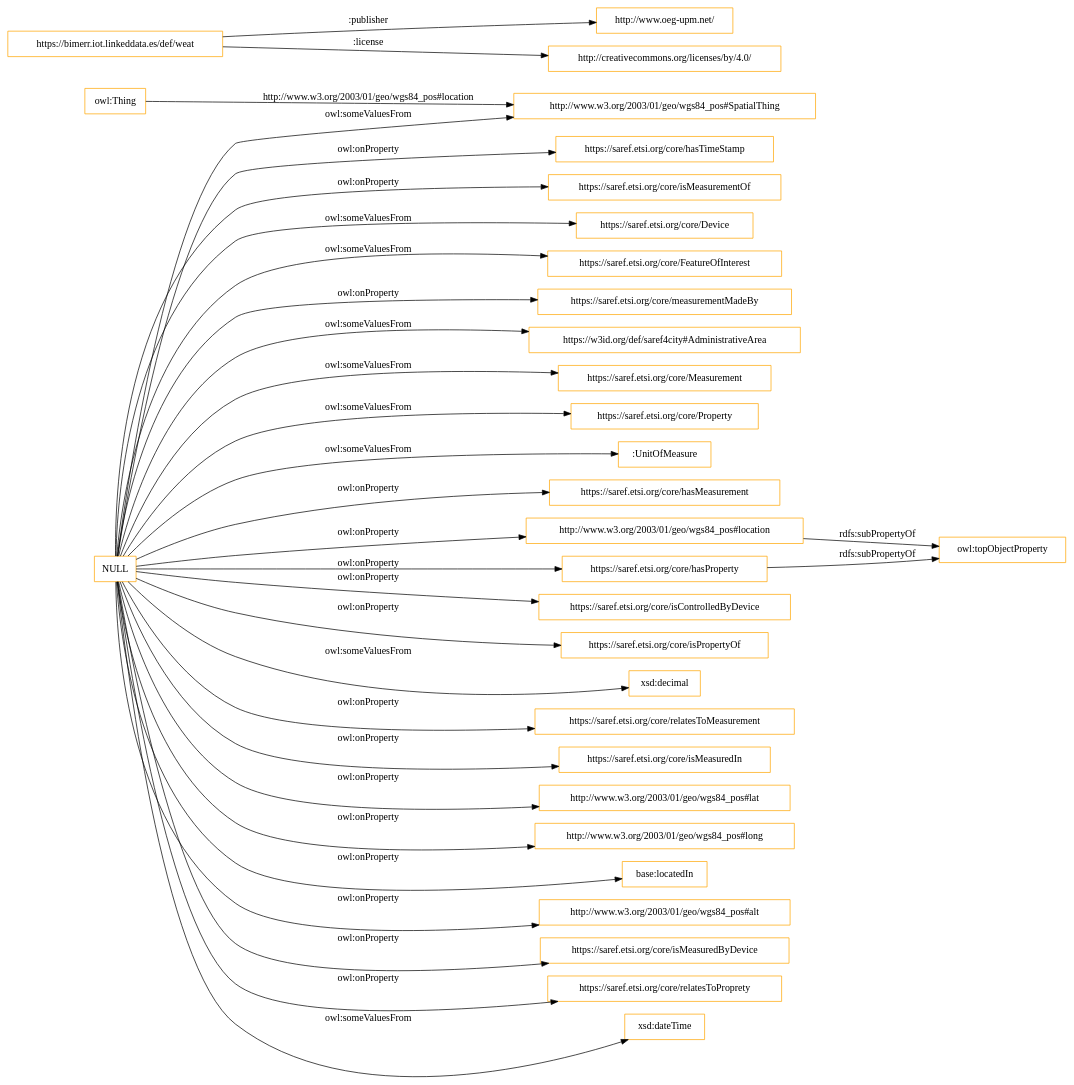
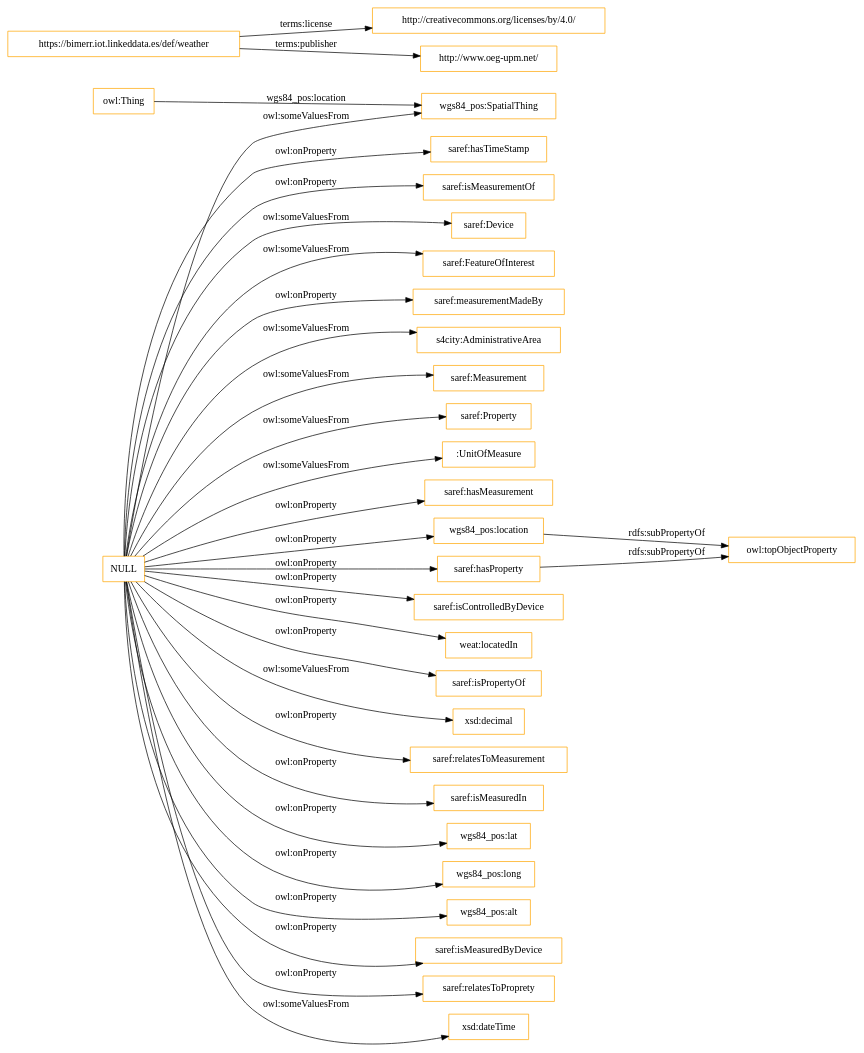
The diagram in OnToology/Ontology/ontology.ttl/diagrams/ar2dtool-class/ontology.ttl.png.dot (oeg-upm/bimerr-weather), drawn with Graphviz before and after one commit. The commit also changed 21 other files, not shown here.

```diff
--- a/OnToology/Ontology/ontology.ttl/diagrams/ar2dtool-class/ontology.ttl.png.dot
+++ b/OnToology/Ontology/ontology.ttl/diagrams/ar2dtool-class/ontology.ttl.png.dot
@@ -1,36 +1,36 @@
 digraph ar2dtool_diagram { 
 rankdir=LR;
 size="1501"
-node [shape = rectangle, color="orange"]; "https://saref.etsi.org/core/Device" "https://saref.etsi.org/core/FeatureOfInterest" "http://www.w3.org/2003/01/geo/wgs84_pos#SpatialThing" "https://w3id.org/def/saref4city#AdministrativeArea" "https://saref.etsi.org/core/Measurement" "https://saref.etsi.org/core/Property" ":UnitOfMeasure" ; /*classes style*/
-	"NULL" -> "https://saref.etsi.org/core/hasMeasurement" [ label = "owl:onProperty" ];
-	"NULL" -> "http://www.w3.org/2003/01/geo/wgs84_pos#location" [ label = "owl:onProperty" ];
-	"NULL" -> "https://saref.etsi.org/core/isControlledByDevice" [ label = "owl:onProperty" ];
+node [shape = rectangle, color="orange"]; "saref:Device" "saref:FeatureOfInterest" "wgs84_pos:SpatialThing" "s4city:AdministrativeArea" "saref:Measurement" "saref:Property" ":UnitOfMeasure" ; /*classes style*/
+	"NULL" -> "saref:hasMeasurement" [ label = "owl:onProperty" ];
+	"NULL" -> "wgs84_pos:location" [ label = "owl:onProperty" ];
+	"NULL" -> "saref:isControlledByDevice" [ label = "owl:onProperty" ];
 	"NULL" -> ":UnitOfMeasure" [ label = "owl:someValuesFrom" ];
-	"NULL" -> "https://saref.etsi.org/core/Property" [ label = "owl:someValuesFrom" ];
-	"NULL" -> "https://saref.etsi.org/core/Device" [ label = "owl:someValuesFrom" ];
-	"NULL" -> "https://saref.etsi.org/core/isPropertyOf" [ label = "owl:onProperty" ];
+	"NULL" -> "saref:Property" [ label = "owl:someValuesFrom" ];
+	"NULL" -> "weat:locatedIn" [ label = "owl:onProperty" ];
+	"NULL" -> "saref:Device" [ label = "owl:someValuesFrom" ];
+	"NULL" -> "saref:isPropertyOf" [ label = "owl:onProperty" ];
 	"NULL" -> "xsd:decimal" [ label = "owl:someValuesFrom" ];
-	"NULL" -> "https://saref.etsi.org/core/relatesToMeasurement" [ label = "owl:onProperty" ];
-	"NULL" -> "https://saref.etsi.org/core/isMeasuredIn" [ label = "owl:onProperty" ];
-	"NULL" -> "http://www.w3.org/2003/01/geo/wgs84_pos#SpatialThing" [ label = "owl:someValuesFrom" ];
-	"NULL" -> "http://www.w3.org/2003/01/geo/wgs84_pos#lat" [ label = "owl:onProperty" ];
-	"NULL" -> "http://www.w3.org/2003/01/geo/wgs84_pos#long" [ label = "owl:onProperty" ];
-	"NULL" -> "base:locatedIn" [ label = "owl:onProperty" ];
-	"NULL" -> "http://www.w3.org/2003/01/geo/wgs84_pos#alt" [ label = "owl:onProperty" ];
-	"NULL" -> "https://saref.etsi.org/core/isMeasuredByDevice" [ label = "owl:onProperty" ];
-	"NULL" -> "https://saref.etsi.org/core/relatesToProprety" [ label = "owl:onProperty" ];
+	"NULL" -> "saref:relatesToMeasurement" [ label = "owl:onProperty" ];
+	"NULL" -> "saref:isMeasuredIn" [ label = "owl:onProperty" ];
+	"NULL" -> "wgs84_pos:SpatialThing" [ label = "owl:someValuesFrom" ];
+	"NULL" -> "wgs84_pos:lat" [ label = "owl:onProperty" ];
+	"NULL" -> "wgs84_pos:long" [ label = "owl:onProperty" ];
+	"NULL" -> "wgs84_pos:alt" [ label = "owl:onProperty" ];
+	"NULL" -> "saref:isMeasuredByDevice" [ label = "owl:onProperty" ];
+	"NULL" -> "saref:relatesToProprety" [ label = "owl:onProperty" ];
 	"NULL" -> "xsd:dateTime" [ label = "owl:someValuesFrom" ];
-	"NULL" -> "https://saref.etsi.org/core/hasProperty" [ label = "owl:onProperty" ];
-	"NULL" -> "https://saref.etsi.org/core/Measurement" [ label = "owl:someValuesFrom" ];
-	"NULL" -> "https://saref.etsi.org/core/hasTimeStamp" [ label = "owl:onProperty" ];
-	"NULL" -> "https://saref.etsi.org/core/isMeasurementOf" [ label = "owl:onProperty" ];
-	"NULL" -> "https://saref.etsi.org/core/measurementMadeBy" [ label = "owl:onProperty" ];
-	"NULL" -> "https://w3id.org/def/saref4city#AdministrativeArea" [ label = "owl:someValuesFrom" ];
-	"NULL" -> "https://saref.etsi.org/core/FeatureOfInterest" [ label = "owl:someValuesFrom" ];
-	"https://saref.etsi.org/core/hasProperty" -> "owl:topObjectProperty" [ label = "rdfs:subPropertyOf" ];
-	"http://www.w3.org/2003/01/geo/wgs84_pos#location" -> "owl:topObjectProperty" [ label = "rdfs:subPropertyOf" ];
-	"https://bimerr.iot.linkeddata.es/def/weat" -> "http://www.oeg-upm.net/" [ label = ":publisher" ];
-	"https://bimerr.iot.linkeddata.es/def/weat" -> "http://creativecommons.org/licenses/by/4.0/" [ label = ":license" ];
-	"owl:Thing" -> "http://www.w3.org/2003/01/geo/wgs84_pos#SpatialThing" [ label = "http://www.w3.org/2003/01/geo/wgs84_pos#location" ];
+	"NULL" -> "saref:hasProperty" [ label = "owl:onProperty" ];
+	"NULL" -> "saref:Measurement" [ label = "owl:someValuesFrom" ];
+	"NULL" -> "saref:hasTimeStamp" [ label = "owl:onProperty" ];
+	"NULL" -> "saref:isMeasurementOf" [ label = "owl:onProperty" ];
+	"NULL" -> "saref:measurementMadeBy" [ label = "owl:onProperty" ];
+	"NULL" -> "s4city:AdministrativeArea" [ label = "owl:someValuesFrom" ];
+	"NULL" -> "saref:FeatureOfInterest" [ label = "owl:someValuesFrom" ];
+	"wgs84_pos:location" -> "owl:topObjectProperty" [ label = "rdfs:subPropertyOf" ];
+	"saref:hasProperty" -> "owl:topObjectProperty" [ label = "rdfs:subPropertyOf" ];
+	"https://bimerr.iot.linkeddata.es/def/weather" -> "http://creativecommons.org/licenses/by/4.0/" [ label = "terms:license" ];
+	"https://bimerr.iot.linkeddata.es/def/weather" -> "http://www.oeg-upm.net/" [ label = "terms:publisher" ];
+	"owl:Thing" -> "wgs84_pos:SpatialThing" [ label = "wgs84_pos:location" ];
 
 }
```
